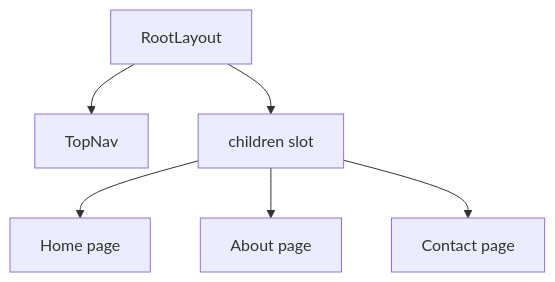
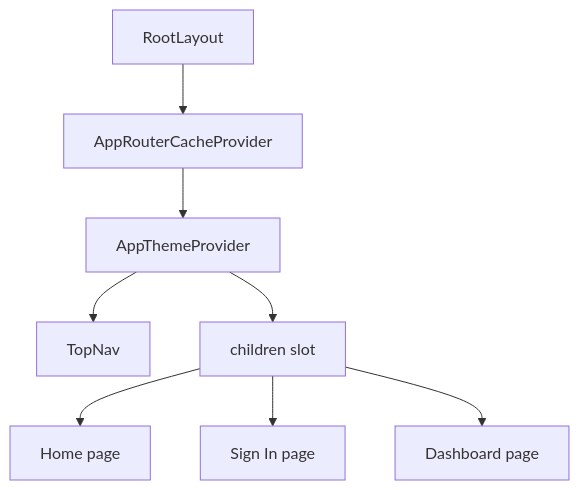
The diagram in docs/web/pages/root-layout.md (matthewlovestocode/designated), drawn with Mermaid before and after one commit. The commit also changed other lines of this file and 35 other files, not shown here.

````diff
--- a/docs/web/pages/root-layout.md
+++ b/docs/web/pages/root-layout.md
@@ -114,8 +134,10 @@
 ```mermaid
 flowchart TD
-    A["RootLayout"] --> B["TopNav"]
-    A --> C["children slot"]
-    C --> D["Home page"]
-    C --> E["About page"]
-    C --> F["Contact page"]
+    A["RootLayout"] --> B["AppRouterCacheProvider"]
+    B --> C["AppThemeProvider"]
+    C --> D["TopNav"]
+    C --> E["children slot"]
+    E --> F["Home page"]
+    E --> G["Sign In page"]
+    E --> H["Dashboard page"]
 ```
````
